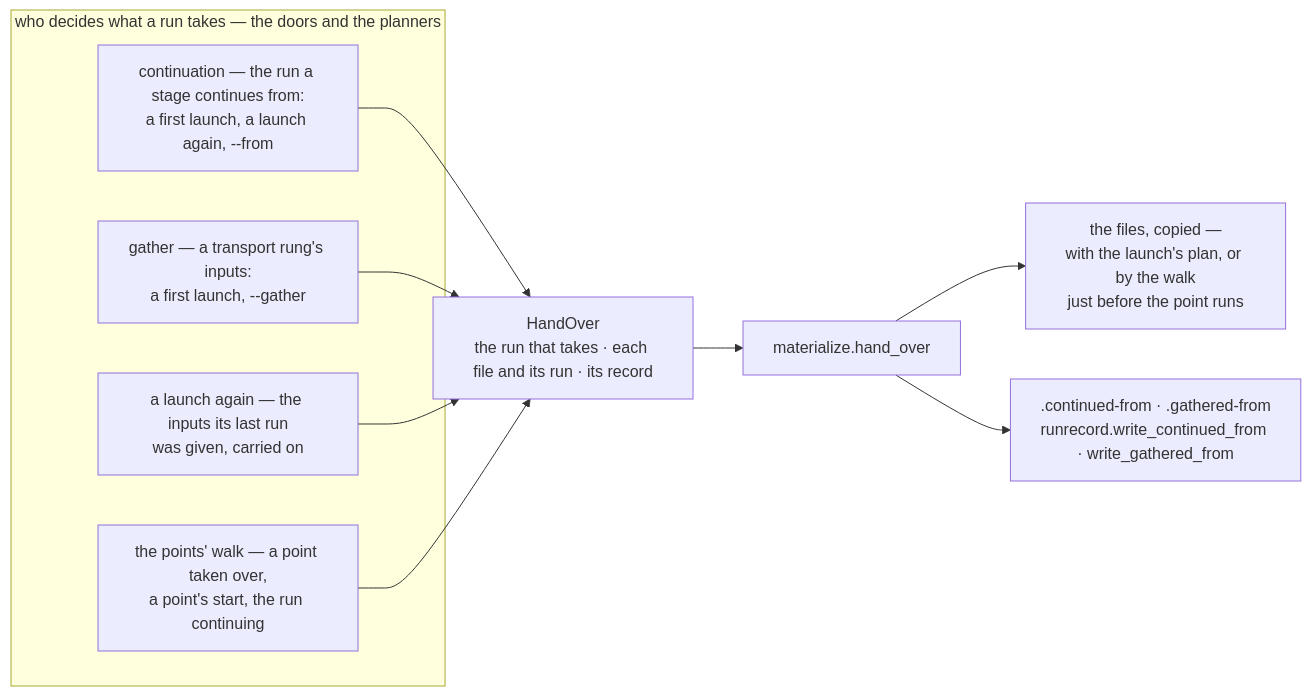
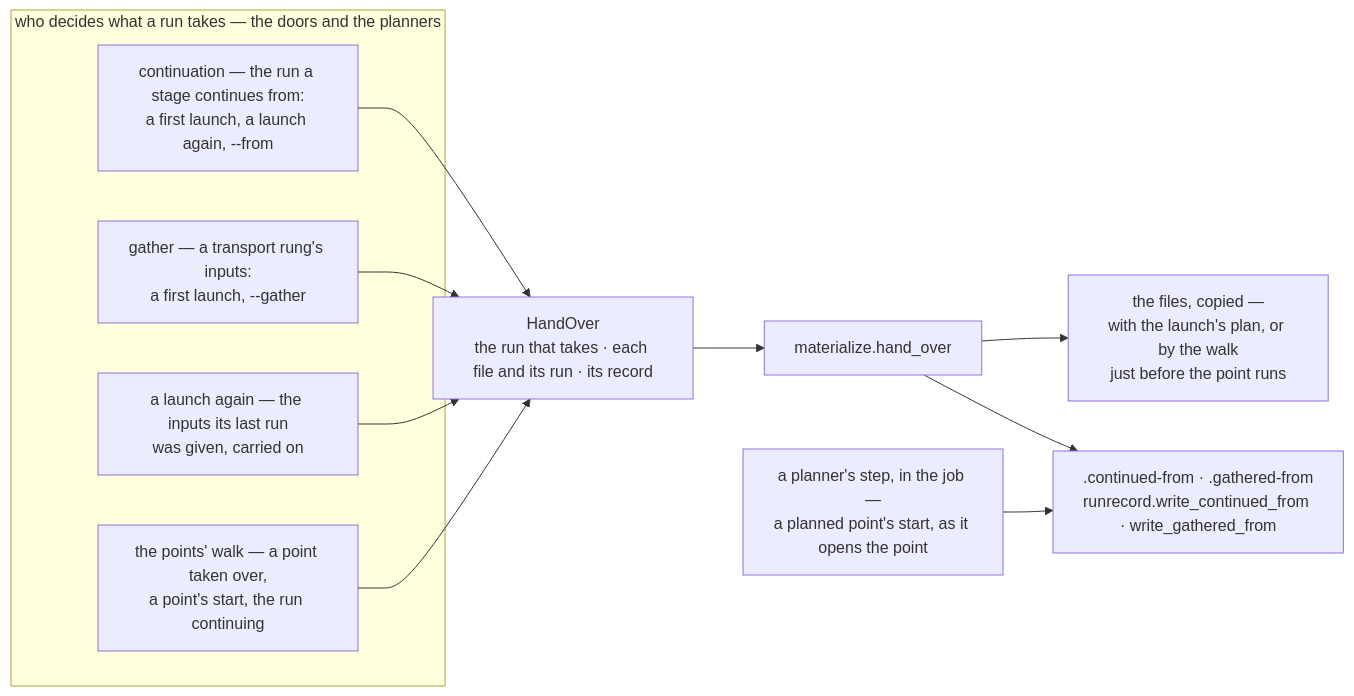
Before and after one commit to Qing-LAB/molbuilder: diagram 13 of 19 in docs/execution/job-system.md, drawn with Mermaid. The commit also changed other lines of this file and 32 other files, not shown here.

First line of the commit message:
2.56.0: a point never run is *not run*, and every start is recorded

````diff
--- a/docs/execution/job-system.md
+++ b/docs/execution/job-system.md
@@ -2358,14 +2370,15 @@
 ```mermaid
 flowchart LR
     subgraph D["who decides what a run takes — the doors and the planners"]
         C["continuation — the run a stage continues from:<br/>a first launch, a launch again, --from"]
         G["gather — a transport rung's inputs:<br/>a first launch, --gather"]
         K["a launch again — the inputs its last run<br/>was given, carried on"]
         P["the points' walk — a point taken over,<br/>a point's start, the run continuing"]
     end
     H["HandOver<br/>the run that takes · each file and its run · its record"]
     X["materialize.hand_over"]
     C & G & K & P --> H --> X
     X --> CP["the files, copied —<br/>with the launch's plan, or by the walk<br/>just before the point runs"]
     X --> R[".continued-from · .gathered-from<br/>runrecord.write_continued_from · write_gathered_from"]
+    PL["a planner's step, in the job —<br/>a planned point's start, as it opens the point"] --> R
 ```
````
